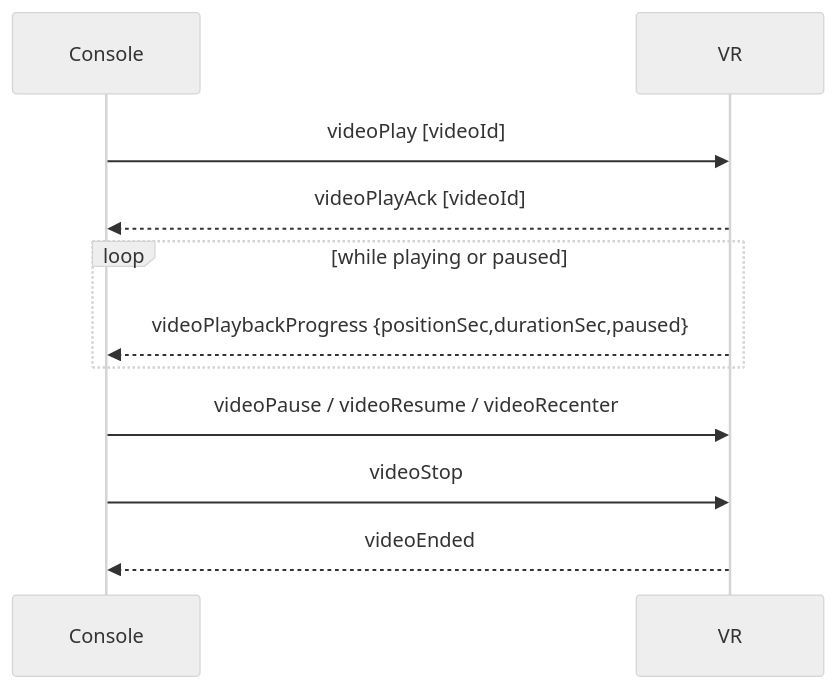
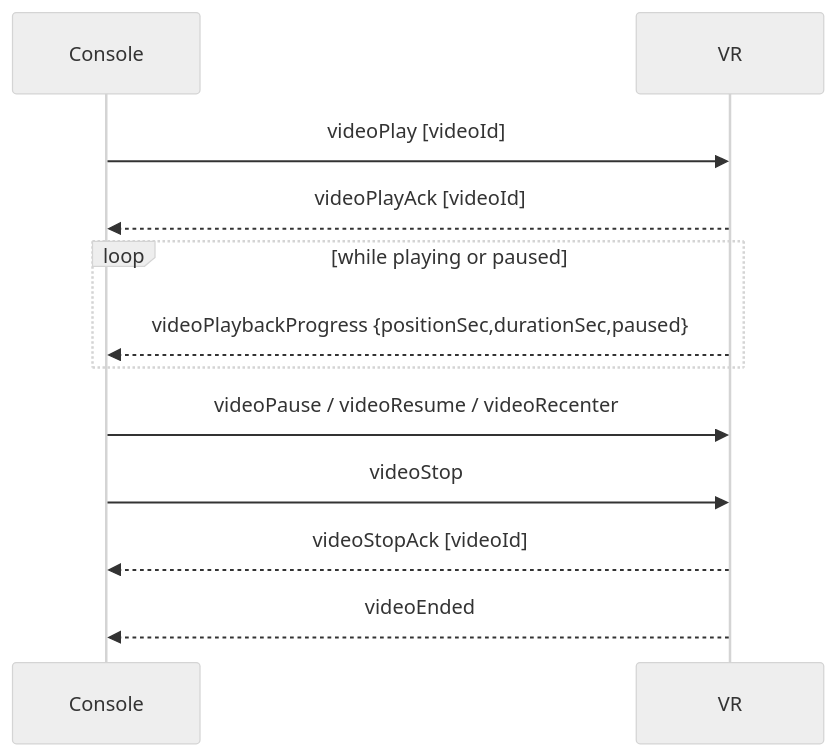
Before and after one commit to Steliospne/virtality-platform: the second of 2 diagrams in docs/architecture/immersive-video-shared-contract.md, drawn with Mermaid (neutral theme). The commit also changed other lines of this file and 7 other files, not shown here.

First line of the commit message:
Add videoDownloadCancelAck, videoDeleteAck and videoStopAck

````diff
--- a/docs/architecture/immersive-video-shared-contract.md
+++ b/docs/architecture/immersive-video-shared-contract.md
@@ -263,14 +273,15 @@
 ```mermaid
 sequenceDiagram
     participant Console
     participant VR
 
     Console->>VR: videoPlay [videoId]
     VR-->>Console: videoPlayAck [videoId]
     loop while playing or paused
         VR-->>Console: videoPlaybackProgress {positionSec,durationSec,paused}
     end
     Console->>VR: videoPause / videoResume / videoRecenter
     Console->>VR: videoStop
+    VR-->>Console: videoStopAck [videoId]
     VR-->>Console: videoEnded
 ```
````
